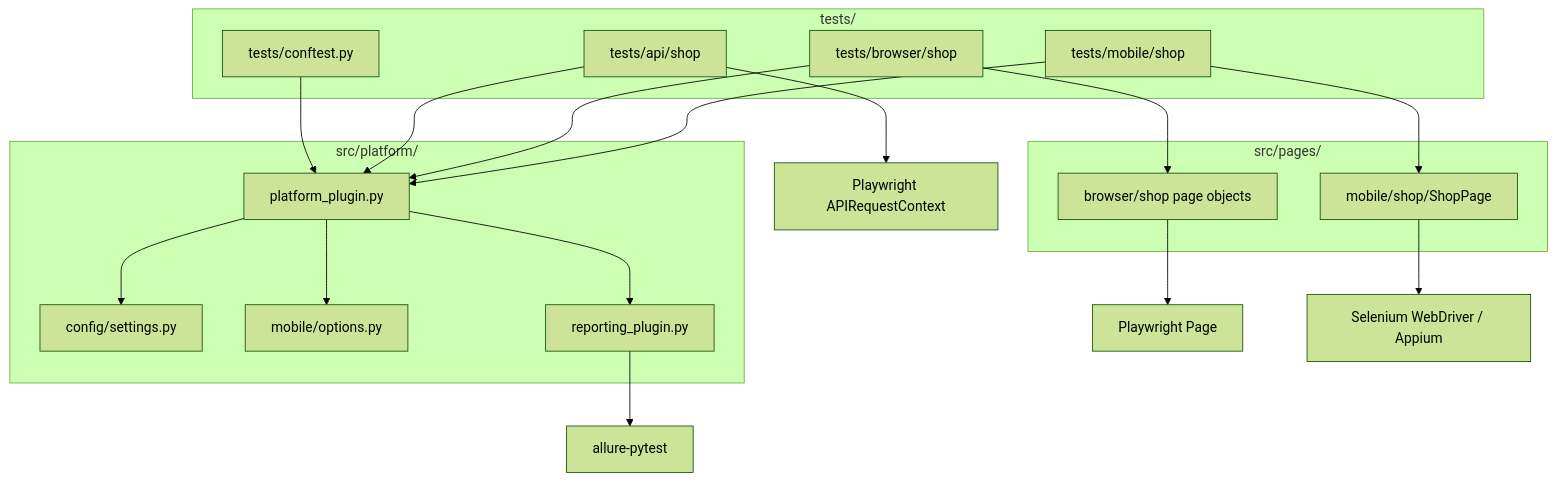
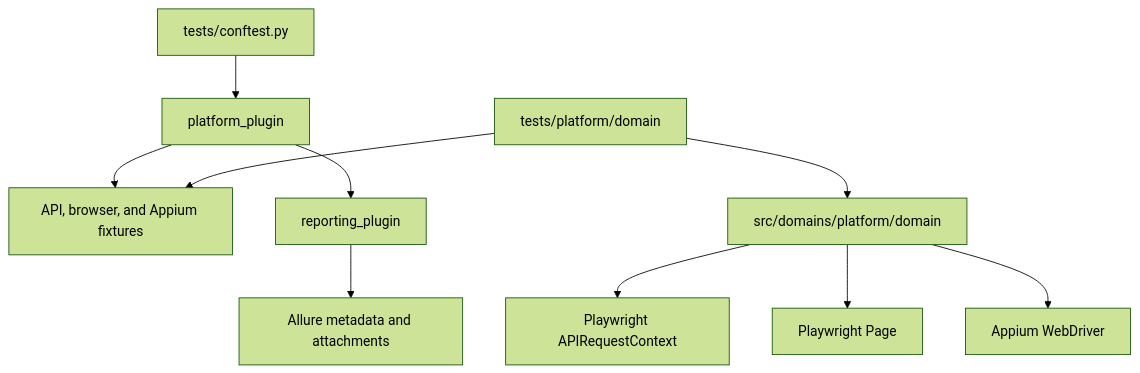
One commit to eminmuhammadi/flexible-test-automation-template changed the first of 4 diagrams in docs/README.md. Above: the diagram before and after it, drawn with Mermaid (forest theme). The commit also changed other lines of this file and 22 other files, not shown here.

````diff
--- a/docs/README.md
+++ b/docs/README.md
@@ -79,35 +42,12 @@
 ```mermaid
 flowchart TB
-  subgraph tests["tests/"]
-    api_test["tests/api/shop"]
-    browser_test["tests/browser/shop"]
-    mobile_test["tests/mobile/shop"]
-    conftest["tests/conftest.py"]
-  end
-
-  subgraph platform["src/platform/"]
-    plugin["platform_plugin.py"]
-    settings["config/settings.py"]
-    options["mobile/options.py"]
-    reporting["reporting_plugin.py"]
-  end
-
-  subgraph pages["src/pages/"]
-    web_pages["browser/shop page objects"]
-    mobile_pages["mobile/shop/ShopPage"]
-  end
-
-  conftest --> plugin
-  plugin --> settings
-  plugin --> options
-  plugin --> reporting
-  api_test --> plugin
-  api_test --> playwright["Playwright APIRequestContext"]
-  browser_test --> plugin
-  browser_test --> web_pages
-  web_pages --> playwright_page["Playwright Page"]
-  mobile_test --> plugin
-  mobile_test --> mobile_pages
-  mobile_pages --> webdriver["Selenium WebDriver / Appium"]
-  reporting --> allure["allure-pytest"]
+  conftest["tests/conftest.py"] --> plugin["platform_plugin"]
+  plugin --> fixtures["API, browser, and Appium fixtures"]
+  plugin --> reporting["reporting_plugin"]
+  tests["tests/platform/domain"] --> fixtures
+  tests --> domains["src/domains/platform/domain"]
+  domains --> api["Playwright APIRequestContext"]
+  domains --> browser["Playwright Page"]
+  domains --> mobile["Appium WebDriver"]
+  reporting --> results["Allure metadata and attachments"]
 ```
````
